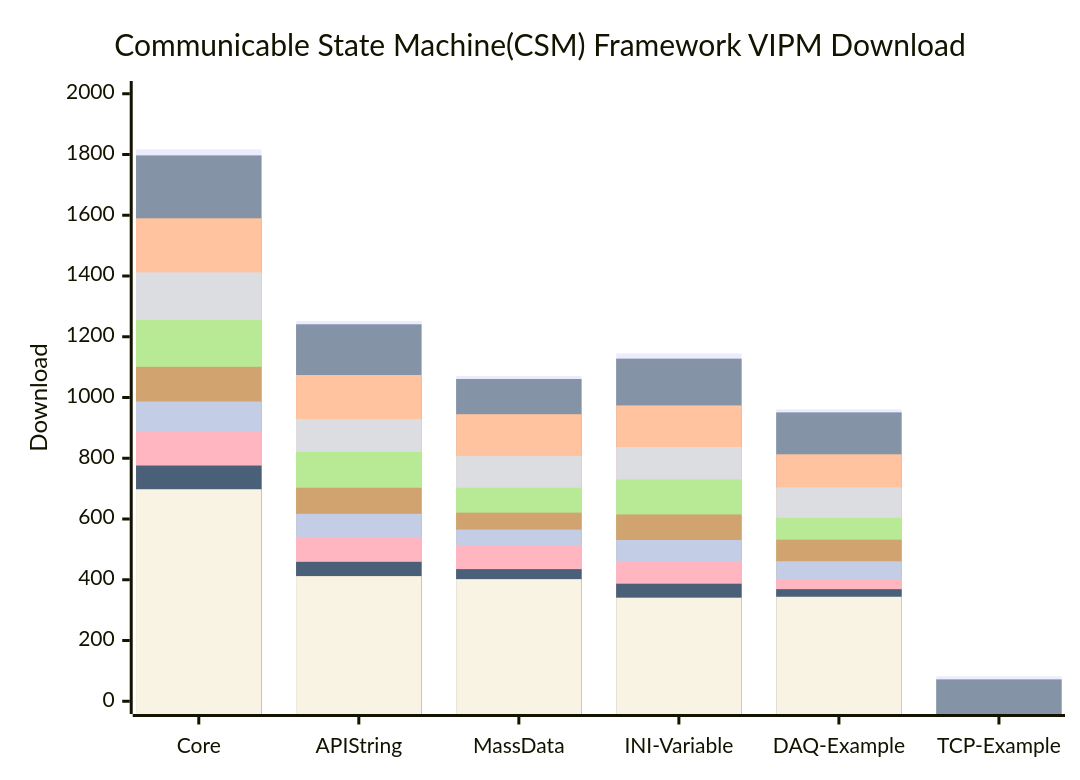
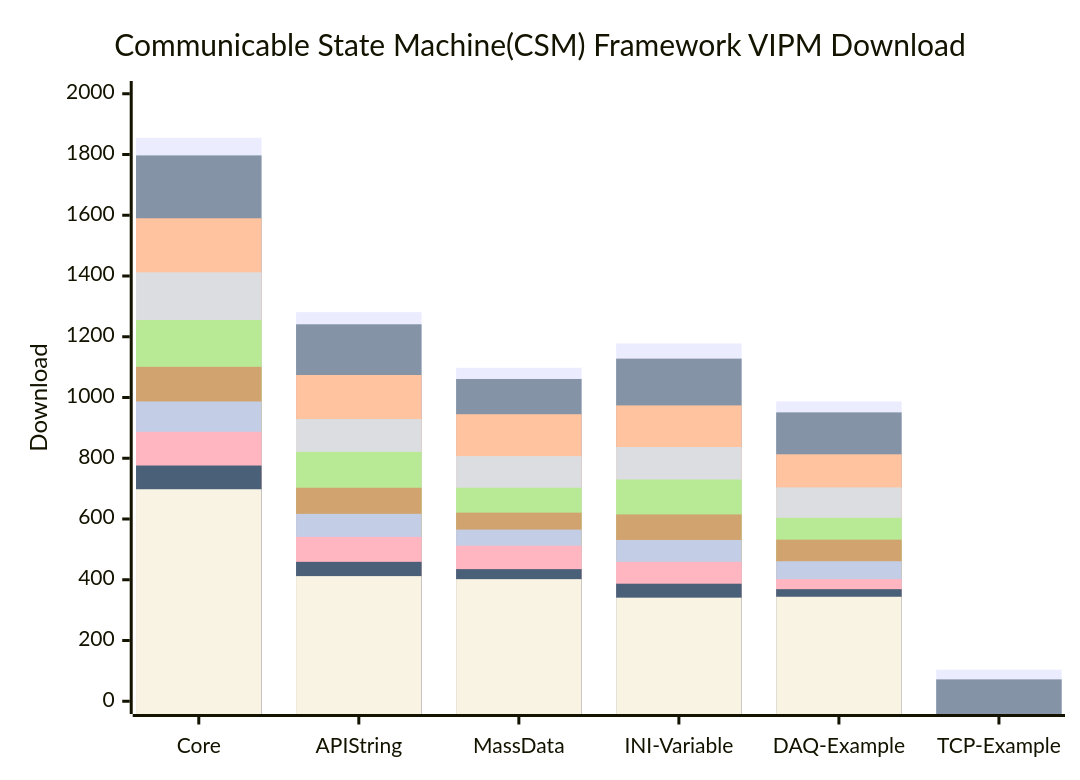
One commit to NEVSTOP-LAB/.github changed the diagram in profile/README.md. Above: the diagram before and after it, drawn with Mermaid.

````diff
--- a/profile/README.md
+++ b/profile/README.md
@@ -31,16 +31,16 @@
 ```mermaid
     xychart-beta
     title "Communicable State Machine(CSM) Framework VIPM Download"
     x-axis [Core, API String, MassData, INI-Variable, DAQ-Example, TCP-Example]
     y-axis "Download" 0 --> 2000
-    bar   [1817, 1252, 1071, 1145, 961, 82]
+    bar   [1855, 1281, 1098, 1178, 987, 104]
     bar   [1797, 1241, 1061, 1128, 951, 72]
     bar   [1590, 1074, 945, 974, 813]
     bar   [1412, 929, 807, 837, 704]
     bar   [1255, 821, 703, 730, 604]
     bar   [1101, 703, 621, 615, 532]
     bar   [987, 617, 565, 531, 461]
     bar   [887, 541, 512, 459, 402]
     bar   [776, 459, 435, 387, 369]
     bar   [698, 412, 402, 341, 344]
 ```
````
